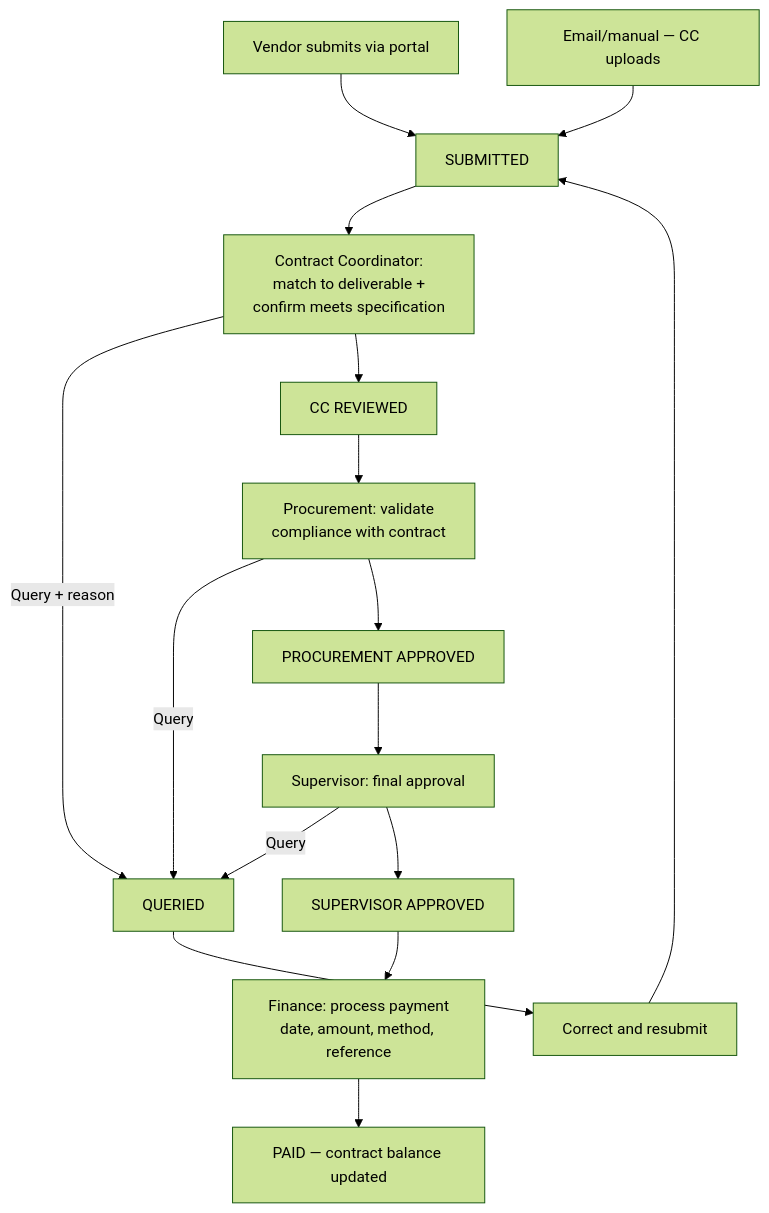
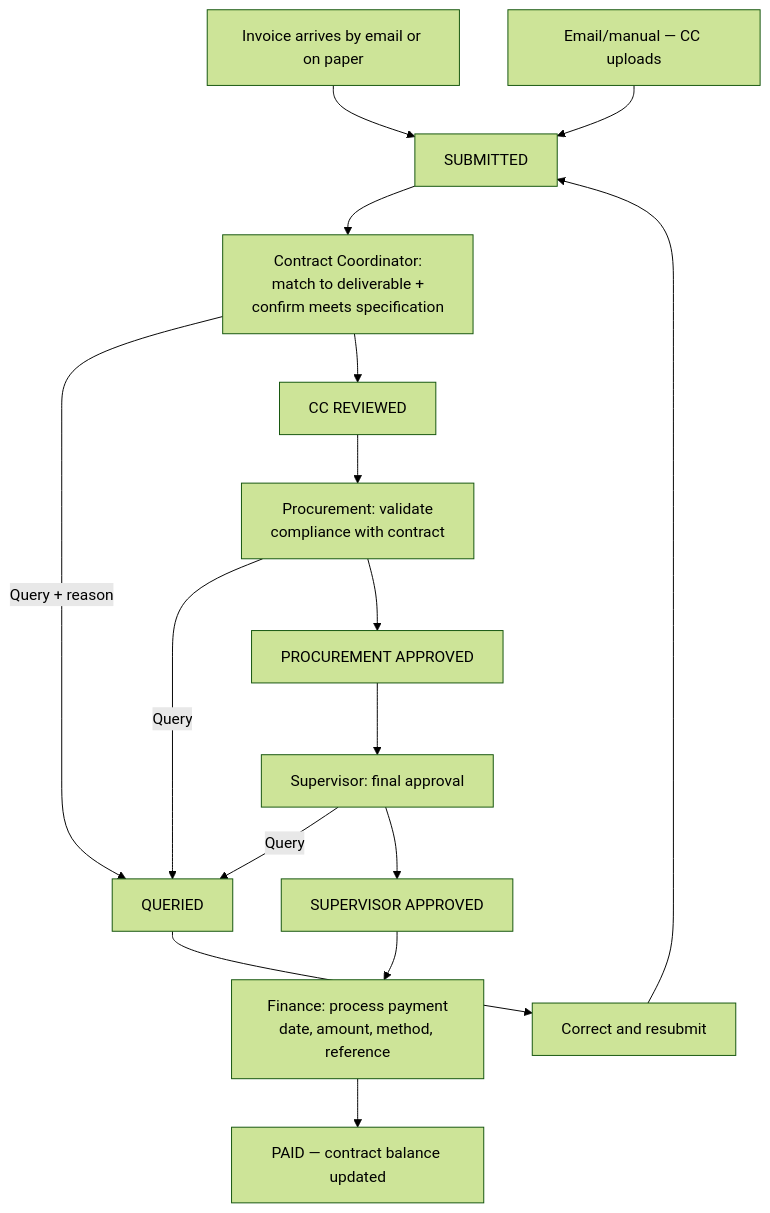
The eighth of 10 diagrams in docs/PROCUREMENT-FLOWS.md (Kofi-Yeboah/Aceterpfinalv2copy), drawn with Mermaid (forest theme) before and after one commit. The commit also changed other lines of this file and 15 other files, not shown here.

````diff
--- a/docs/PROCUREMENT-FLOWS.md
+++ b/docs/PROCUREMENT-FLOWS.md
@@ -476,17 +475,17 @@
 ```mermaid
 flowchart TD
-    A1[Vendor submits via portal] --> B[SUBMITTED]
+    A1[Invoice arrives by email or on paper] --> B[SUBMITTED]
     A2[Email/manual — CC uploads] --> B
     B --> C[Contract Coordinator:<br/>match to deliverable +<br/>confirm meets specification]
     C -- Query + reason --> Q[QUERIED]
     C --> D[CC REVIEWED]
     D --> E[Procurement: validate<br/>compliance with contract]
     E -- Query --> Q
     E --> F[PROCUREMENT APPROVED]
     F --> G[Supervisor: final approval]
     G -- Query --> Q
     G --> H[SUPERVISOR APPROVED]
     H --> I[Finance: process payment<br/>date, amount, method, reference]
     I --> J[PAID — contract balance updated]
     Q --> K[Correct and resubmit] --> B
 ```
````
